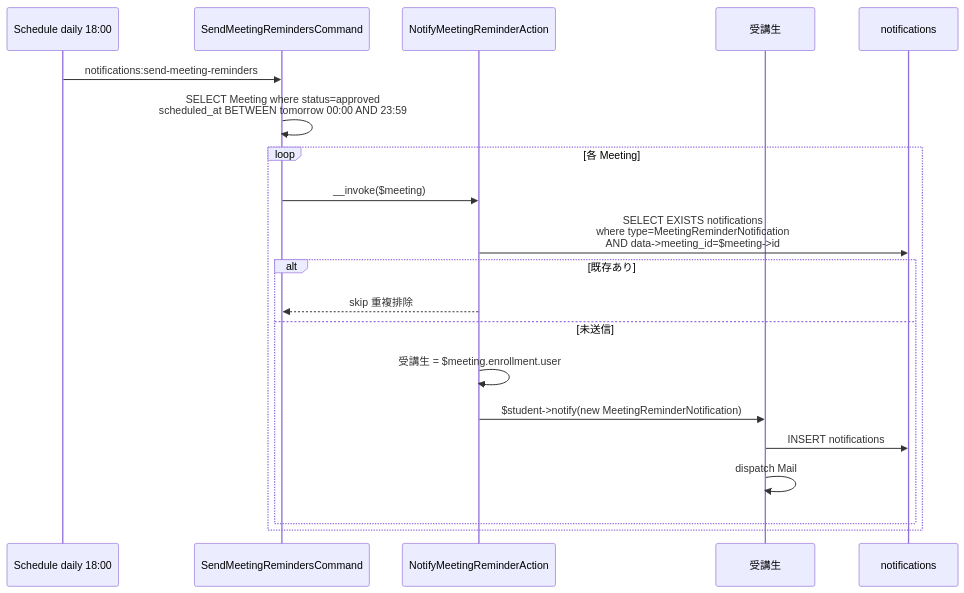
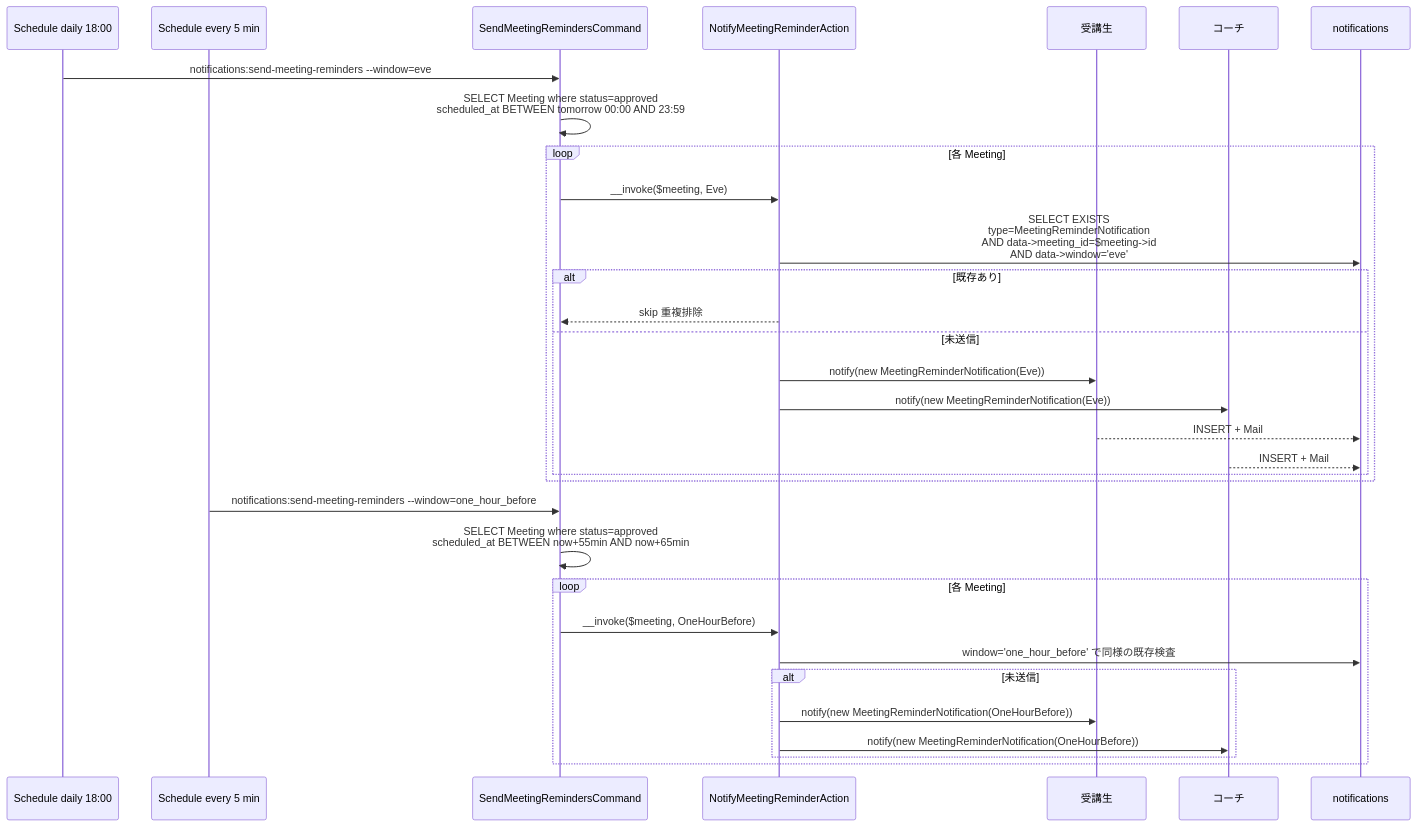
One commit to coachtech-mockcase-second/ExampleAnswer-mockcase-CertifyLMS changed the seventh of 12 diagrams in docs/specs/notification/design.md. Above: the diagram before and after it, drawn with Mermaid. The commit also changed other lines of this file and 17 other files, not shown here.

````diff
--- a/docs/specs/notification/design.md
+++ b/docs/specs/notification/design.md
@@ -176,23 +203,36 @@
 ```mermaid
 sequenceDiagram
-    participant Cron18 as Schedule daily 18:00
+    participant CronEve as Schedule daily 18:00
+    participant CronHour as Schedule every 5 min
     participant Cmd as SendMeetingRemindersCommand
     participant NotifyR as NotifyMeetingReminderAction
-    participant Student as 受講生
+    participant Stu as 受講生
+    participant Co as コーチ
     participant DB as notifications
 
-    Cron18->>Cmd: notifications:send-meeting-reminders
+    CronEve->>Cmd: notifications:send-meeting-reminders --window=eve
     Cmd->>Cmd: SELECT Meeting where status=approved<br/>scheduled_at BETWEEN tomorrow 00:00 AND 23:59
     loop 各 Meeting
-        Cmd->>NotifyR: __invoke($meeting)
-        NotifyR->>DB: SELECT EXISTS notifications<br/>where type=MeetingReminderNotification<br/>AND data->meeting_id=$meeting->id
+        Cmd->>NotifyR: __invoke($meeting, Eve)
+        NotifyR->>DB: SELECT EXISTS<br/>type=MeetingReminderNotification<br/>AND data->meeting_id=$meeting->id<br/>AND data->window='eve'
         alt 既存あり
             NotifyR-->>Cmd: skip 重複排除
         else 未送信
-            NotifyR->>NotifyR: 受講生 = $meeting.enrollment.user
-            NotifyR->>Student: $student->notify(new MeetingReminderNotification)
-            Student->>DB: INSERT notifications
-            Student->>Student: dispatch Mail
+            NotifyR->>Stu: notify(new MeetingReminderNotification(Eve))
+            NotifyR->>Co: notify(new MeetingReminderNotification(Eve))
+            Stu-->>DB: INSERT + Mail
+            Co-->>DB: INSERT + Mail
+        end
+    end
+
+    CronHour->>Cmd: notifications:send-meeting-reminders --window=one_hour_before
+    Cmd->>Cmd: SELECT Meeting where status=approved<br/>scheduled_at BETWEEN now+55min AND now+65min
+    loop 各 Meeting
+        Cmd->>NotifyR: __invoke($meeting, OneHourBefore)
+        NotifyR->>DB: window='one_hour_before' で同様の既存検査
+        alt 未送信
+            NotifyR->>Stu: notify(new MeetingReminderNotification(OneHourBefore))
+            NotifyR->>Co: notify(new MeetingReminderNotification(OneHourBefore))
         end
     end
 ```
````
